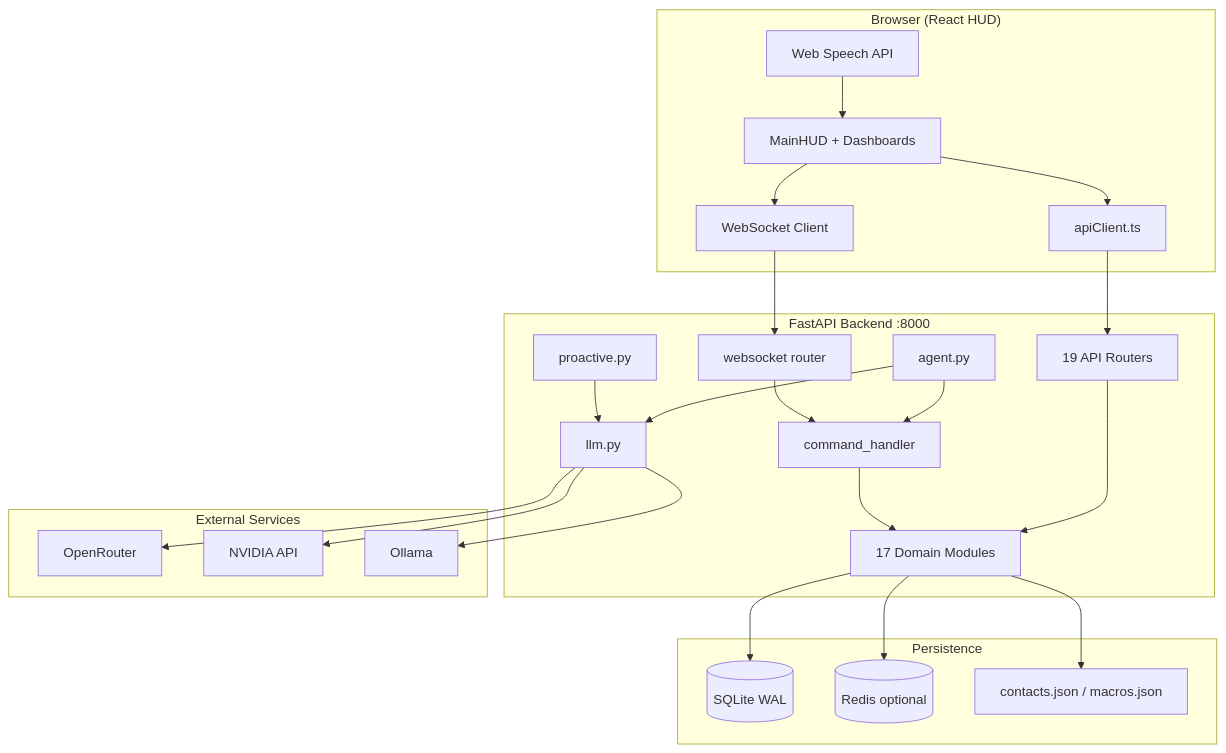
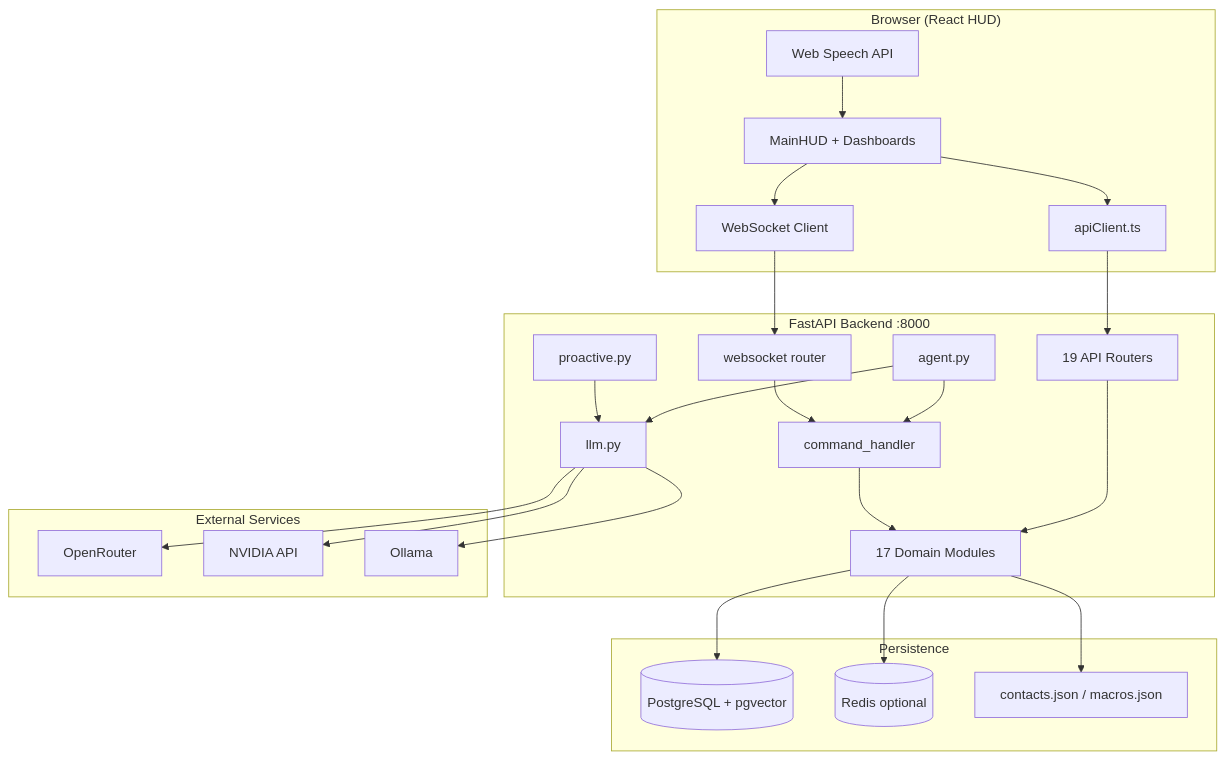
The first of 3 diagrams in TDS.md (VIPHACKER100/jarvis-bilingual-adv-ai-assistant), drawn with Mermaid before and after one commit. The commit also changed other lines of this file and 16 other files, not shown here.

````diff
--- a/TDS.md
+++ b/TDS.md
@@ -28,49 +28,49 @@
 ```mermaid
 flowchart TB
     subgraph Client["Browser (React HUD)"]
         Voice[Web Speech API]
         UI[MainHUD + Dashboards]
         WS_C[WebSocket Client]
         API_C[apiClient.ts]
     end
 
     subgraph Server["FastAPI Backend :8000"]
         WS_S[websocket router]
         CMD[command_handler]
         ROUTERS[19 API Routers]
         MOD[17 Domain Modules]
         LLM[llm.py]
         PRO[proactive.py]
         AGN[agent.py]
     end
 
     subgraph Data["Persistence"]
-        SQL[(SQLite WAL)]
+        SQL[(PostgreSQL + pgvector)]
         REDIS[(Redis optional)]
         JSON[contacts.json / macros.json]
     end
 
     subgraph External["External Services"]
         OR[OpenRouter]
         NV[NVIDIA API]
         OL[Ollama]
     end
 
     Voice --> UI
     UI --> API_C
     UI --> WS_C
     API_C --> ROUTERS
     WS_C --> WS_S
     WS_S --> CMD
     CMD --> MOD
     ROUTERS --> MOD
     MOD --> SQL
     MOD --> JSON
     LLM --> OR
     LLM --> NV
     LLM --> OL
     PRO --> LLM
     AGN --> LLM
     AGN --> CMD
     MOD --> REDIS
 ```
````
